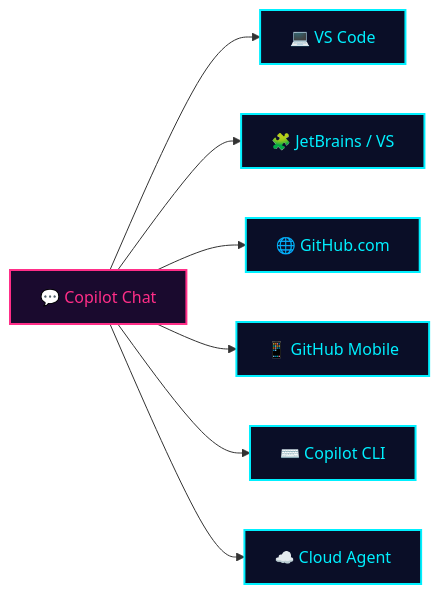
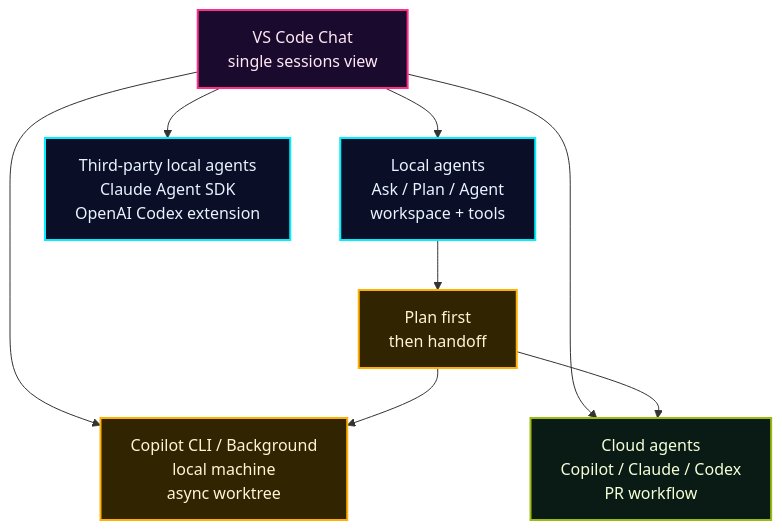
One commit to theomonfort/theomonfort changed the diagram in src/content/glossary/copilot-chat.md. Above: the diagram before and after it, drawn with Mermaid. The commit also changed other lines of this file and 2 other files, not shown here.

Commit message:
Refactor Copilot Chat deck

````diff
--- a/src/content/glossary/copilot-chat.md
+++ b/src/content/glossary/copilot-chat.md
@@ -53,23 +126,28 @@
 ```mermaid
-flowchart LR
-  Chat["💬 Copilot Chat"]
+flowchart TB
+  UI["VS Code Chat<br/>single sessions view"]
 
-  VSC["💻 VS Code"]
-  JB["🧩 JetBrains / VS"]
-  GH["🌐 GitHub.com"]
-  Mob["📱 GitHub Mobile"]
-  CLI["⌨️ Copilot CLI"]
-  Cloud["☁️ Cloud Agent"]
+  Local["Local agents<br/>Ask / Plan / Agent<br/>workspace + tools"]
+  CLI["Copilot CLI / Background<br/>local machine<br/>async worktree"]
+  Cloud["Cloud agents<br/>Copilot / Claude / Codex<br/>PR workflow"]
+  Third["Third-party local agents<br/>Claude Agent SDK<br/>OpenAI Codex extension"]
 
-  Chat --> VSC
-  Chat --> JB
-  Chat --> GH
-  Chat --> Mob
-  Chat --> CLI
-  Chat --> Cloud
+  UI --> Local
+  UI --> CLI
+  UI --> Cloud
+  UI --> Third
 
-  classDef hub fill:#1a0a2e,stroke:#ff2e88,color:#ff2e88,stroke-width:2px
-  classDef node fill:#0a0e27,stroke:#00f0ff,color:#00f0ff,stroke-width:2px
-  class Chat hub
-  class VSC,JB,GH,Mob,CLI,Cloud node
+  Plan["Plan first<br/>then handoff"]
+  Local --> Plan
+  Plan --> CLI
+  Plan --> Cloud
+
+  classDef ui fill:#1a0a2e,stroke:#ff2e88,color:#ffe8f4,stroke-width:2px
+  classDef local fill:#0a0e27,stroke:#00f0ff,color:#e8f4ff,stroke-width:2px
+  classDef remote fill:#0a1a14,stroke:#9bbc0f,color:#f4ffd8,stroke-width:2px
+  classDef cli fill:#302500,stroke:#ffb000,color:#fff4d6,stroke-width:2px
+  class UI ui
+  class Local,Third local
+  class Cloud remote
+  class CLI,Plan cli
 ```
````
